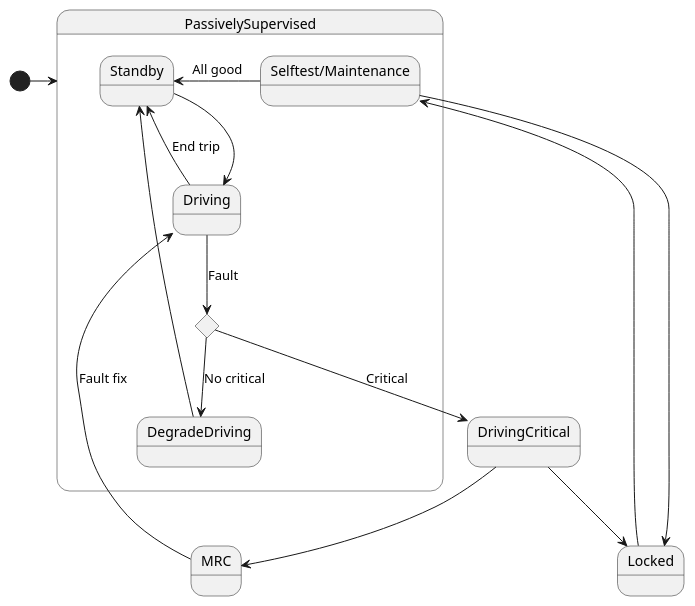
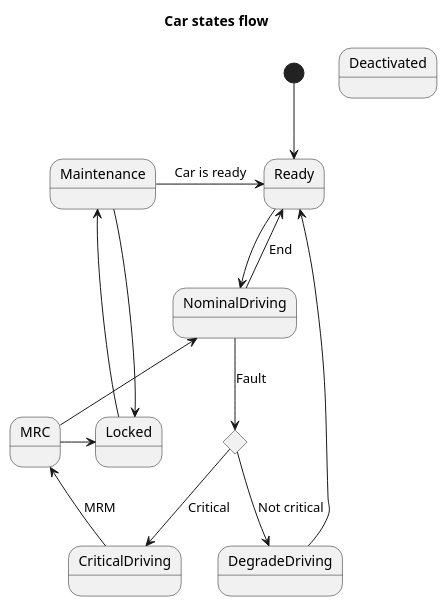
One commit to bruno-motorai/uml changed the diagram in vehicles/state_change.pu. Above: the diagram before and after it, drawn with PlantUML. The commit also changed 2 other files, not shown here.

Commit message:
Update car states and ERSv2 diagrams

```diff
--- a/vehicles/state_change.pu
+++ b/vehicles/state_change.pu
@@ -1,33 +1,43 @@
 @startuml
+title Car states flow
 skinparam ConditionEndStyle hline
-[*] -> PassivelySupervised
+[*] -d-> Ready
 
 
-state PassivelySupervised {
-    state "Selftest/Maintenance" as Selftest
-    state Standby
-    state Driving
-    state DegradeDriving
-    state c <<choice>>
-}
+state IsCriticalFault <<choice>>
 
+' Car is not operative and has to be tested. Reached by a previous problem (locked), car performs self checks and receives maintenance. The idea is to move to Ready state
+state "Maintenance" as Test
+' Car has no problems and is ready to be used
+state Ready
+' Car is on an active trip, driving with normal conditions
+state NominalDriving
+' Car is on an active trip with problems that doesn't prevent DDT
+state DegradeDriving
+
+' Car is standing still. After MRC or self checks, the car could change to Locked if something went wrong. Car cannot be used.
 state Locked
 
-state DrivingCritical
+' Car not usable anymore, performs MRM to go to MRC
+state CriticalDriving
 
+' Car standing still, very attentive to external factors, waiting to resume trip once a TS approval
 state MRC
 
-Standby --> Driving
-Selftest -> Standby : All good
-Driving --> Standby : End trip
-Driving --> c : Fault
-c --> DrivingCritical : Critical
-DrivingCritical --> MRC
-DrivingCritical --> Locked
-c --> DegradeDriving : No critical
-DegradeDriving --> Standby
-MRC -up-> Driving : Fault fix
-Locked -u-> Selftest
-Selftest -d-> Locked
+' Car cannot be utilized because is disabled by a user
+state Deactivated
+
+Ready --> NominalDriving
+Test -> Ready : Car is ready
+NominalDriving --> Ready : End
+NominalDriving --> IsCriticalFault : Fault
+IsCriticalFault --> CriticalDriving : Critical
+CriticalDriving -u-> MRC : MRM
+IsCriticalFault --> DegradeDriving : Not critical
+DegradeDriving --> Ready
+MRC -up-> NominalDriving
+MRC -r-> Locked
+Locked -u-> Test
+Test -d-> Locked
 
 @enduml
```
